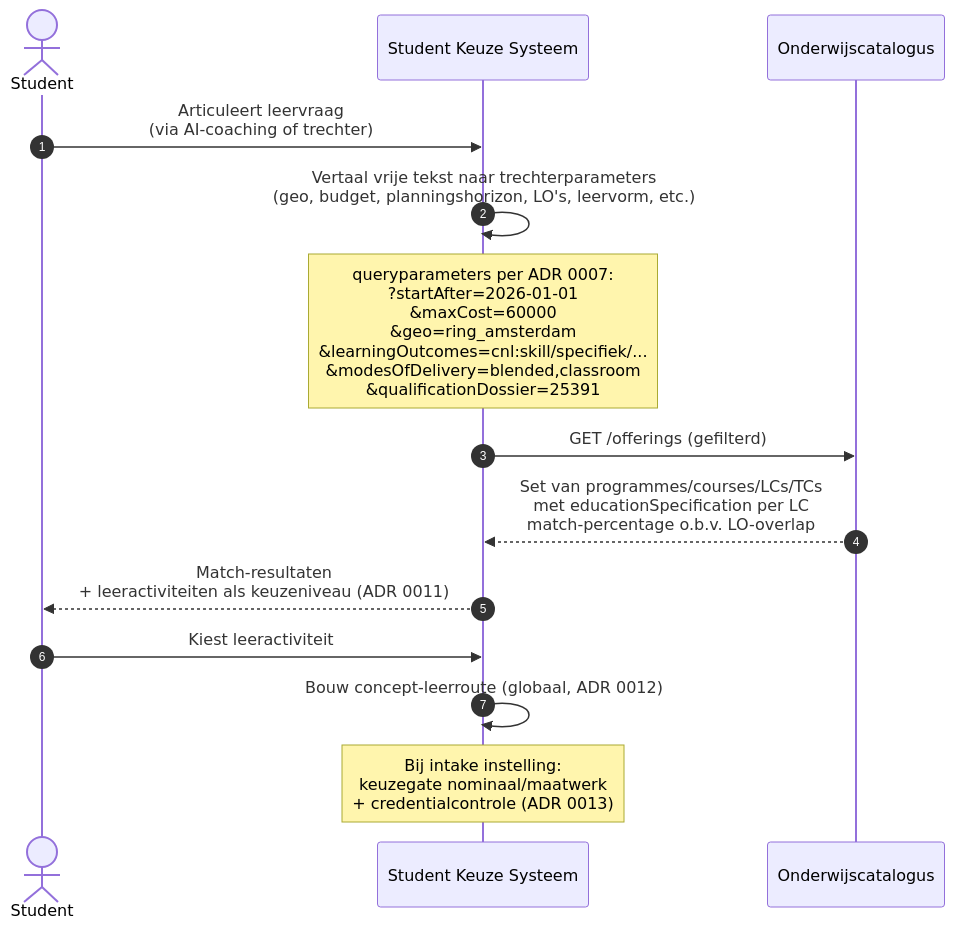
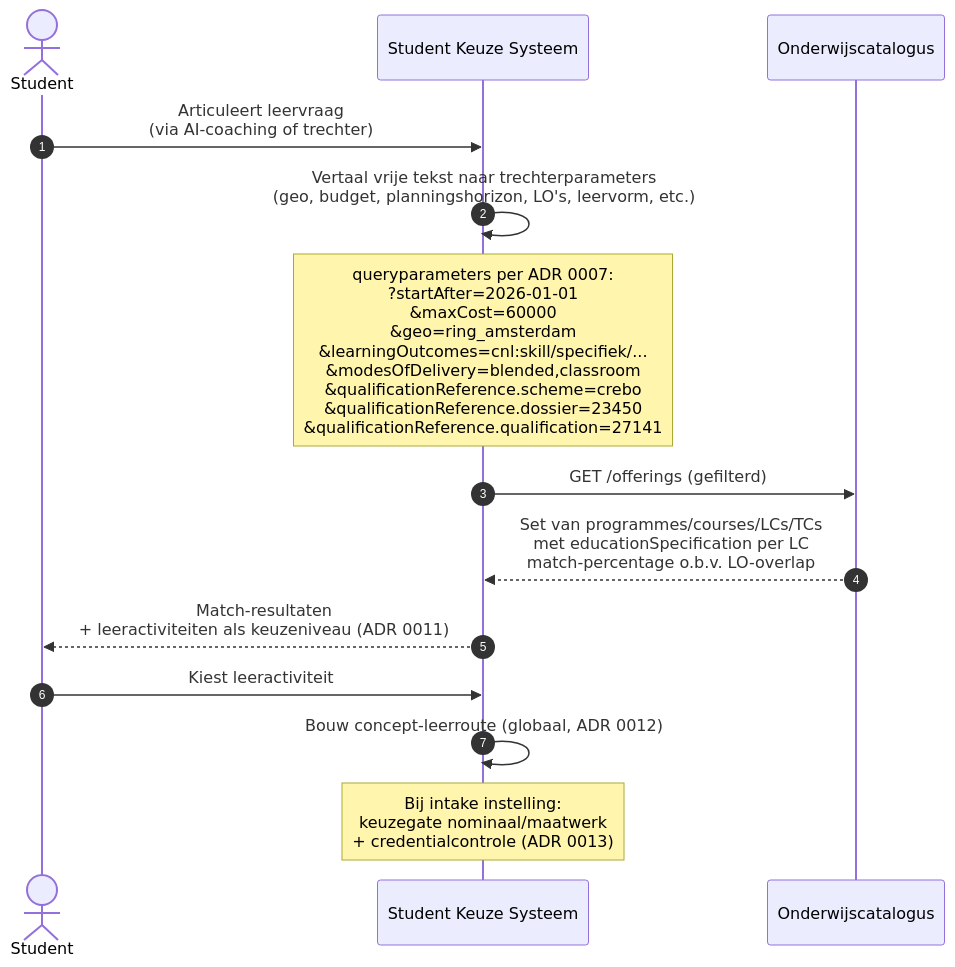
Diagram 16 of 19 in meta/architecture/agent-artifacts/project-requests/20260414_1500_okx-oeapi-consumer-profiel.md (Npuls-OKx/specification), drawn with Mermaid before and after one commit. The commit also changed other lines of this file and 4 other files, not shown here.

````diff
--- a/meta/architecture/agent-artifacts/project-requests/20260414_1500_okx-oeapi-consumer-profiel.md
+++ b/meta/architecture/agent-artifacts/project-requests/20260414_1500_okx-oeapi-consumer-profiel.md
@@ -1546,17 +1988,17 @@
 ```mermaid
 sequenceDiagram
     autonumber
     actor Student
     participant SKS as Student Keuze Systeem
     participant OC as Onderwijscatalogus
 
     Student->>SKS: Articuleert leervraag<br/>(via AI-coaching of trechter)
     SKS->>SKS: Vertaal vrije tekst naar trechterparameters<br/>(geo, budget, planningshorizon, LO's, leervorm, etc.)
-    Note over SKS: queryparameters per ADR 0007:<br/>?startAfter=2026-01-01<br/>&maxCost=60000<br/>&geo=ring_amsterdam<br/>&learningOutcomes=cnl:skill/specifiek/...<br/>&modesOfDelivery=blended,classroom<br/>&qualificationDossier=25391
+    Note over SKS: queryparameters per ADR 0007:<br/>?startAfter=2026-01-01<br/>&maxCost=60000<br/>&geo=ring_amsterdam<br/>&learningOutcomes=cnl:skill/specifiek/...<br/>&modesOfDelivery=blended,classroom<br/>&qualificationReference.scheme=crebo<br/>&qualificationReference.dossier=23450<br/>&qualificationReference.qualification=27141
     SKS->>OC: GET /offerings (gefilterd)
     OC-->>SKS: Set van programmes/courses/LCs/TCs<br/>met educationSpecification per LC<br/>match-percentage o.b.v. LO-overlap
     SKS-->>Student: Match-resultaten<br/>+ leeractiviteiten als keuzeniveau (ADR 0011)
     Student->>SKS: Kiest leeractiviteit
     SKS->>SKS: Bouw concept-leerroute (globaal, ADR 0012)
     Note over SKS: Bij intake instelling:<br/>keuzegate nominaal/maatwerk<br/>+ credentialcontrole (ADR 0013)
 ```
````
